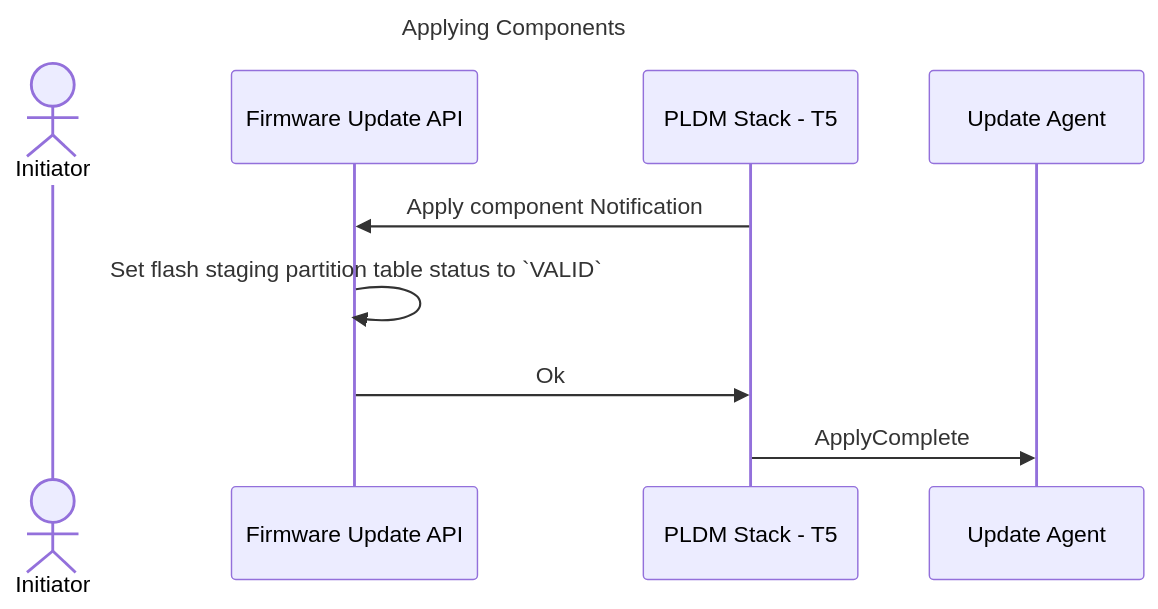
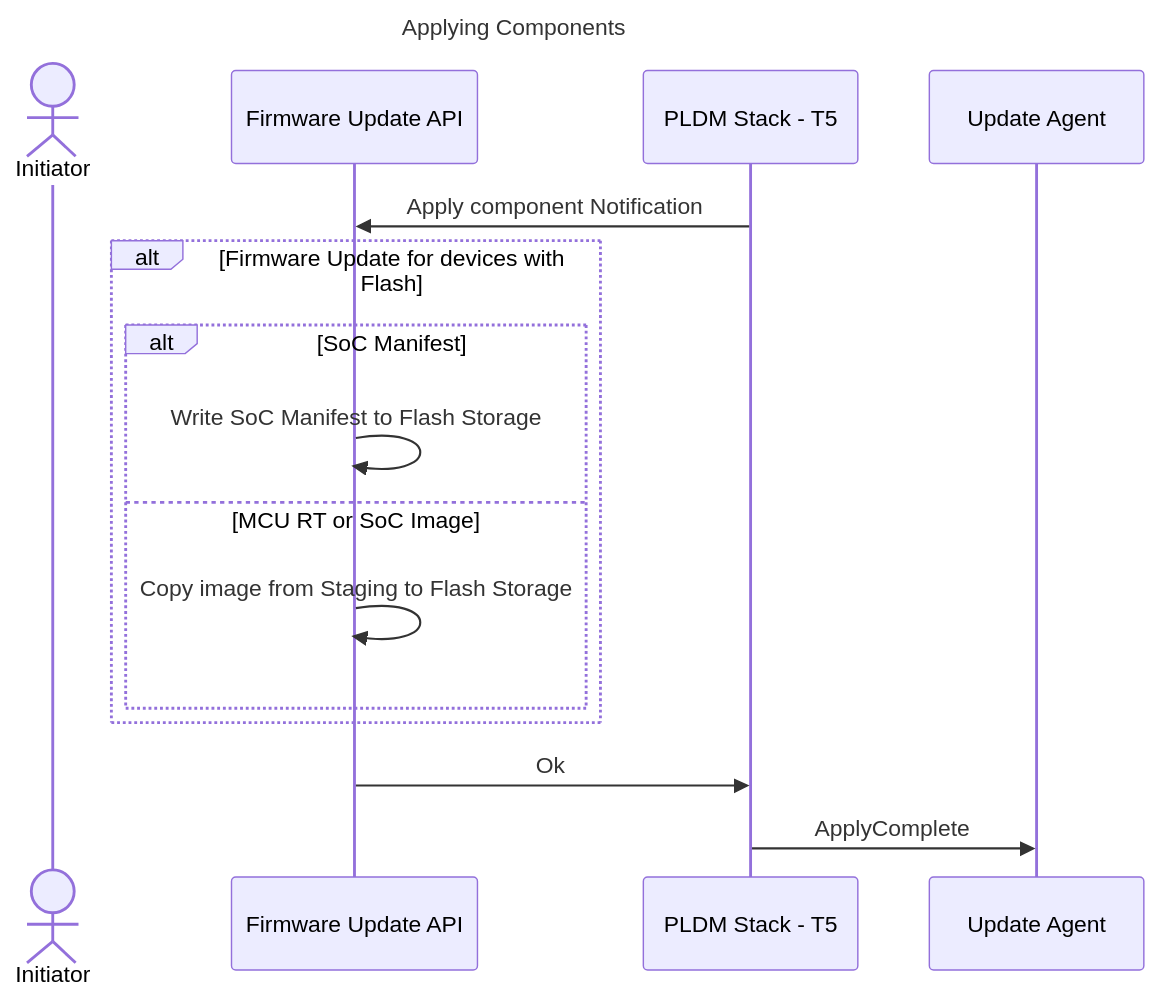
The eighth of 9 diagrams in docs/src/firmware_update.md (chipsalliance/caliptra-mcu-sw), drawn with Mermaid before and after one commit. The commit also changed other lines of this file and 905 other files, not shown here.

````diff
--- a/docs/src/firmware_update.md
+++ b/docs/src/firmware_update.md
@@ -155,16 +171,22 @@
 ```mermaid
 sequenceDiagram
     title Applying Components
 
     actor App as Initiator
     participant API as Firmware Update API
     participant Firmware as PLDM Stack - T5
     participant PLDM as Update Agent
 
     Firmware->>API: Apply component Notification
-    API->>API: Set flash staging partition table status to `VALID`
+    alt Firmware Update for devices with Flash
+        alt SoC Manifest
+            API->>API: Write SoC Manifest to Flash Storage
+        else MCU RT or SoC Image
+            API->>API: Copy image from Staging to Flash Storage
+        end
+    end
 
     API->>Firmware: Ok
     Firmware->>PLDM: ApplyComplete
 
 ```
````
